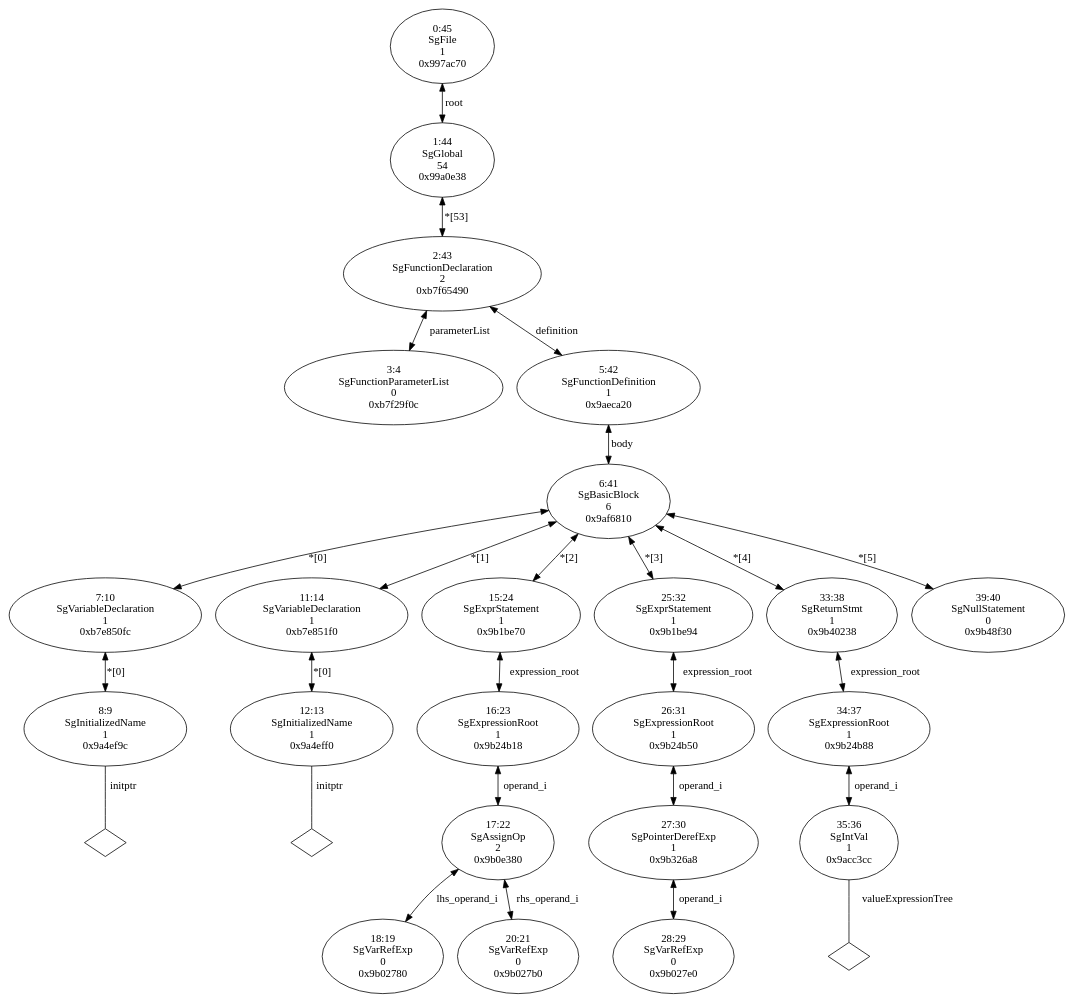
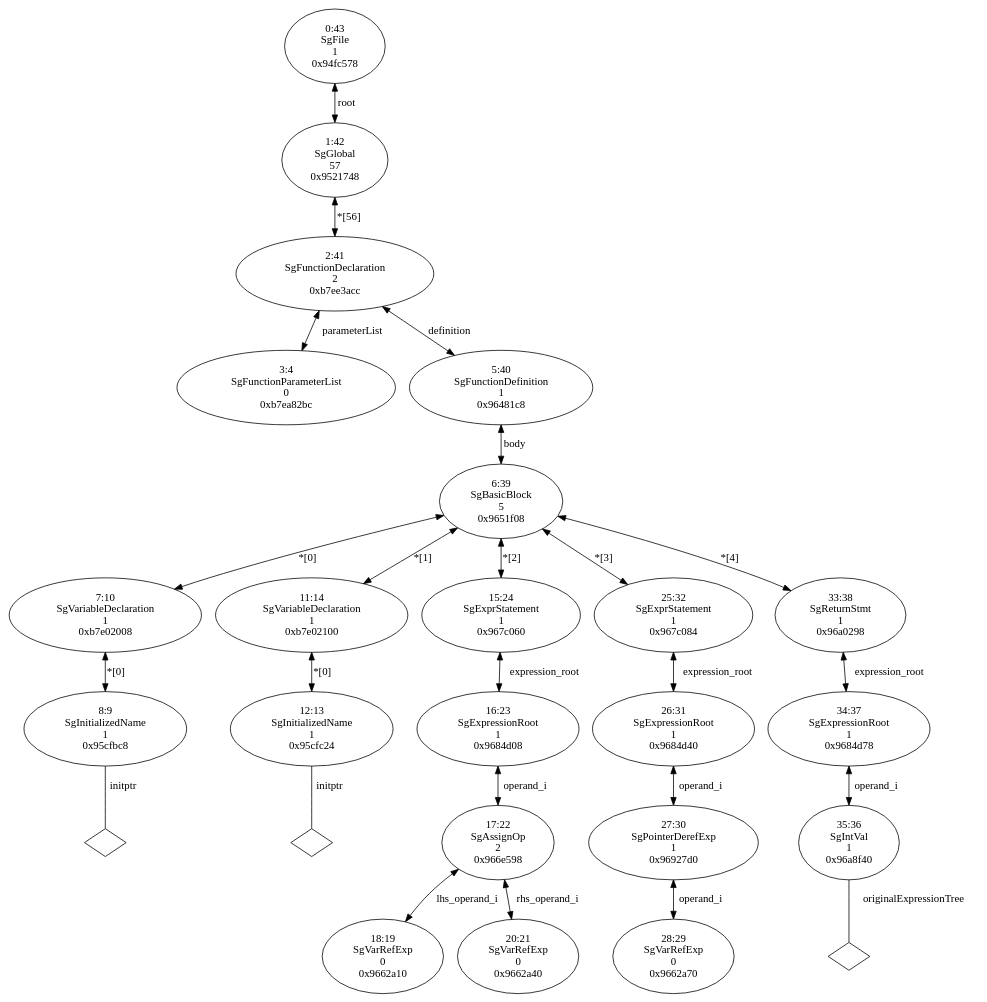
Before and after one commit to BackupTheBerlios/useoa-rose-svn: the diagram in branch/memRefExprRefactor/TestResults/AliasIRInterface/alias4b.c.dot, drawn with Graphviz. The commit also changed 48 other files, not shown here.

Commit message:
memRefExprRefactor branch I am testing references.  I also updated some of the dot files, but NOT with the normalization stuff turned on.

```diff
--- a/branch/memRefExprRefactor/TestResults/AliasIRInterface/alias4b.c.dot
+++ b/branch/memRefExprRefactor/TestResults/AliasIRInterface/alias4b.c.dot
@@ -1,53 +1,51 @@
 digraph "G./alias4b.c.dot" {
-"0xb7f29f0c"[label="3:4\nSgFunctionParameterList\n0\n0xb7f29f0c\n" ];
-"0x9a4ef9c"[label="8:9\nSgInitializedName\n1\n0x9a4ef9c\n" ];
-"0x9a4ef9c" -> "0x9a4ef9c__initptr__null"[label="initptr" dir=none ];
-"0x9a4ef9c__initptr__null"[label="" shape=diamond ];
-"0xb7e850fc"[label="7:10\nSgVariableDeclaration\n1\n0xb7e850fc\n" ];
-"0xb7e850fc" -> "0x9a4ef9c"[label="*[0]" dir=both ];
-"0x9a4eff0"[label="12:13\nSgInitializedName\n1\n0x9a4eff0\n" ];
-"0x9a4eff0" -> "0x9a4eff0__initptr__null"[label="initptr" dir=none ];
-"0x9a4eff0__initptr__null"[label="" shape=diamond ];
-"0xb7e851f0"[label="11:14\nSgVariableDeclaration\n1\n0xb7e851f0\n" ];
-"0xb7e851f0" -> "0x9a4eff0"[label="*[0]" dir=both ];
-"0x9b02780"[label="18:19\nSgVarRefExp\n0\n0x9b02780\n" ];
-"0x9b027b0"[label="20:21\nSgVarRefExp\n0\n0x9b027b0\n" ];
-"0x9b0e380"[label="17:22\nSgAssignOp\n2\n0x9b0e380\n" ];
-"0x9b0e380" -> "0x9b02780"[label="lhs_operand_i" dir=both ];
-"0x9b0e380" -> "0x9b027b0"[label="rhs_operand_i" dir=both ];
-"0x9b24b18"[label="16:23\nSgExpressionRoot\n1\n0x9b24b18\n" ];
-"0x9b24b18" -> "0x9b0e380"[label="operand_i" dir=both ];
-"0x9b1be70"[label="15:24\nSgExprStatement\n1\n0x9b1be70\n" ];
-"0x9b1be70" -> "0x9b24b18"[label="expression_root" dir=both ];
-"0x9b027e0"[label="28:29\nSgVarRefExp\n0\n0x9b027e0\n" ];
-"0x9b326a8"[label="27:30\nSgPointerDerefExp\n1\n0x9b326a8\n" ];
-"0x9b326a8" -> "0x9b027e0"[label="operand_i" dir=both ];
-"0x9b24b50"[label="26:31\nSgExpressionRoot\n1\n0x9b24b50\n" ];
-"0x9b24b50" -> "0x9b326a8"[label="operand_i" dir=both ];
-"0x9b1be94"[label="25:32\nSgExprStatement\n1\n0x9b1be94\n" ];
-"0x9b1be94" -> "0x9b24b50"[label="expression_root" dir=both ];
-"0x9acc3cc"[label="35:36\nSgIntVal\n1\n0x9acc3cc\n" ];
-"0x9acc3cc" -> "0x9acc3cc__valueExpressionTree__null"[label="valueExpressionTree" dir=none ];
-"0x9acc3cc__valueExpressionTree__null"[label="" shape=diamond ];
-"0x9b24b88"[label="34:37\nSgExpressionRoot\n1\n0x9b24b88\n" ];
-"0x9b24b88" -> "0x9acc3cc"[label="operand_i" dir=both ];
-"0x9b40238"[label="33:38\nSgReturnStmt\n1\n0x9b40238\n" ];
-"0x9b40238" -> "0x9b24b88"[label="expression_root" dir=both ];
-"0x9b48f30"[label="39:40\nSgNullStatement\n0\n0x9b48f30\n" ];
-"0x9af6810"[label="6:41\nSgBasicBlock\n6\n0x9af6810\n" ];
-"0x9af6810" -> "0xb7e850fc"[label="*[0]" dir=both ];
-"0x9af6810" -> "0xb7e851f0"[label="*[1]" dir=both ];
-"0x9af6810" -> "0x9b1be70"[label="*[2]" dir=both ];
-"0x9af6810" -> "0x9b1be94"[label="*[3]" dir=both ];
-"0x9af6810" -> "0x9b40238"[label="*[4]" dir=both ];
-"0x9af6810" -> "0x9b48f30"[label="*[5]" dir=both ];
-"0x9aeca20"[label="5:42\nSgFunctionDefinition\n1\n0x9aeca20\n" ];
-"0x9aeca20" -> "0x9af6810"[label="body" dir=both ];
-"0xb7f65490"[label="2:43\nSgFunctionDeclaration\n2\n0xb7f65490\n" ];
-"0xb7f65490" -> "0xb7f29f0c"[label="parameterList" dir=both ];
-"0xb7f65490" -> "0x9aeca20"[label="definition" dir=both ];
-"0x99a0e38"[label="1:44\nSgGlobal\n54\n0x99a0e38\n" ];
-"0x99a0e38" -> "0xb7f65490"[label="*[53]" dir=both ];
-"0x997ac70"[label="0:45\nSgFile\n1\n0x997ac70\n" ];
-"0x997ac70" -> "0x99a0e38"[label="root" dir=both ];
+"0xb7ea82bc"[label="3:4\nSgFunctionParameterList\n0\n0xb7ea82bc\n" ];
+"0x95cfbc8"[label="8:9\nSgInitializedName\n1\n0x95cfbc8\n" ];
+"0x95cfbc8" -> "0x95cfbc8__initptr__null"[label="initptr" dir=none ];
+"0x95cfbc8__initptr__null"[label="" shape=diamond ];
+"0xb7e02008"[label="7:10\nSgVariableDeclaration\n1\n0xb7e02008\n" ];
+"0xb7e02008" -> "0x95cfbc8"[label="*[0]" dir=both ];
+"0x95cfc24"[label="12:13\nSgInitializedName\n1\n0x95cfc24\n" ];
+"0x95cfc24" -> "0x95cfc24__initptr__null"[label="initptr" dir=none ];
+"0x95cfc24__initptr__null"[label="" shape=diamond ];
+"0xb7e02100"[label="11:14\nSgVariableDeclaration\n1\n0xb7e02100\n" ];
+"0xb7e02100" -> "0x95cfc24"[label="*[0]" dir=both ];
+"0x9662a10"[label="18:19\nSgVarRefExp\n0\n0x9662a10\n" ];
+"0x9662a40"[label="20:21\nSgVarRefExp\n0\n0x9662a40\n" ];
+"0x966e598"[label="17:22\nSgAssignOp\n2\n0x966e598\n" ];
+"0x966e598" -> "0x9662a10"[label="lhs_operand_i" dir=both ];
+"0x966e598" -> "0x9662a40"[label="rhs_operand_i" dir=both ];
+"0x9684d08"[label="16:23\nSgExpressionRoot\n1\n0x9684d08\n" ];
+"0x9684d08" -> "0x966e598"[label="operand_i" dir=both ];
+"0x967c060"[label="15:24\nSgExprStatement\n1\n0x967c060\n" ];
+"0x967c060" -> "0x9684d08"[label="expression_root" dir=both ];
+"0x9662a70"[label="28:29\nSgVarRefExp\n0\n0x9662a70\n" ];
+"0x96927d0"[label="27:30\nSgPointerDerefExp\n1\n0x96927d0\n" ];
+"0x96927d0" -> "0x9662a70"[label="operand_i" dir=both ];
+"0x9684d40"[label="26:31\nSgExpressionRoot\n1\n0x9684d40\n" ];
+"0x9684d40" -> "0x96927d0"[label="operand_i" dir=both ];
+"0x967c084"[label="25:32\nSgExprStatement\n1\n0x967c084\n" ];
+"0x967c084" -> "0x9684d40"[label="expression_root" dir=both ];
+"0x96a8f40"[label="35:36\nSgIntVal\n1\n0x96a8f40\n" ];
+"0x96a8f40" -> "0x96a8f40__originalExpressionTree__null"[label="originalExpressionTree" dir=none ];
+"0x96a8f40__originalExpressionTree__null"[label="" shape=diamond ];
+"0x9684d78"[label="34:37\nSgExpressionRoot\n1\n0x9684d78\n" ];
+"0x9684d78" -> "0x96a8f40"[label="operand_i" dir=both ];
+"0x96a0298"[label="33:38\nSgReturnStmt\n1\n0x96a0298\n" ];
+"0x96a0298" -> "0x9684d78"[label="expression_root" dir=both ];
+"0x9651f08"[label="6:39\nSgBasicBlock\n5\n0x9651f08\n" ];
+"0x9651f08" -> "0xb7e02008"[label="*[0]" dir=both ];
+"0x9651f08" -> "0xb7e02100"[label="*[1]" dir=both ];
+"0x9651f08" -> "0x967c060"[label="*[2]" dir=both ];
+"0x9651f08" -> "0x967c084"[label="*[3]" dir=both ];
+"0x9651f08" -> "0x96a0298"[label="*[4]" dir=both ];
+"0x96481c8"[label="5:40\nSgFunctionDefinition\n1\n0x96481c8\n" ];
+"0x96481c8" -> "0x9651f08"[label="body" dir=both ];
+"0xb7ee3acc"[label="2:41\nSgFunctionDeclaration\n2\n0xb7ee3acc\n" ];
+"0xb7ee3acc" -> "0xb7ea82bc"[label="parameterList" dir=both ];
+"0xb7ee3acc" -> "0x96481c8"[label="definition" dir=both ];
+"0x9521748"[label="1:42\nSgGlobal\n57\n0x9521748\n" ];
+"0x9521748" -> "0xb7ee3acc"[label="*[56]" dir=both ];
+"0x94fc578"[label="0:43\nSgFile\n1\n0x94fc578\n" ];
+"0x94fc578" -> "0x9521748"[label="root" dir=both ];
 }
```
